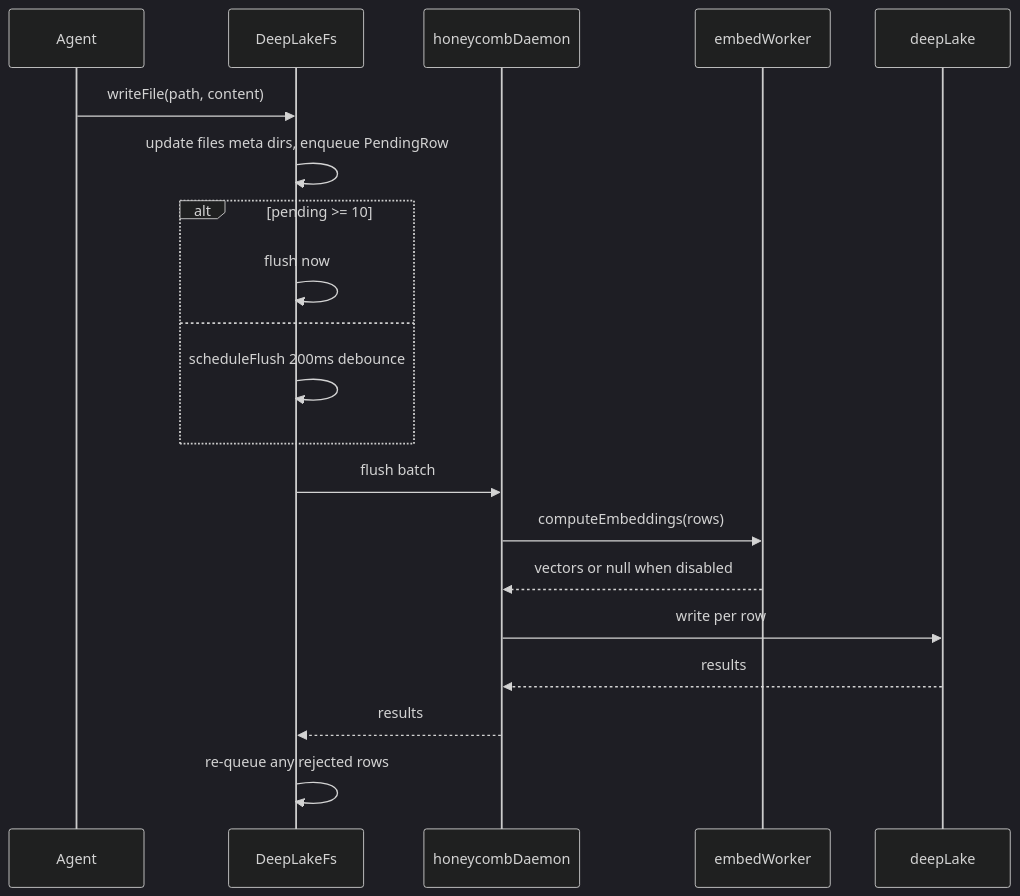
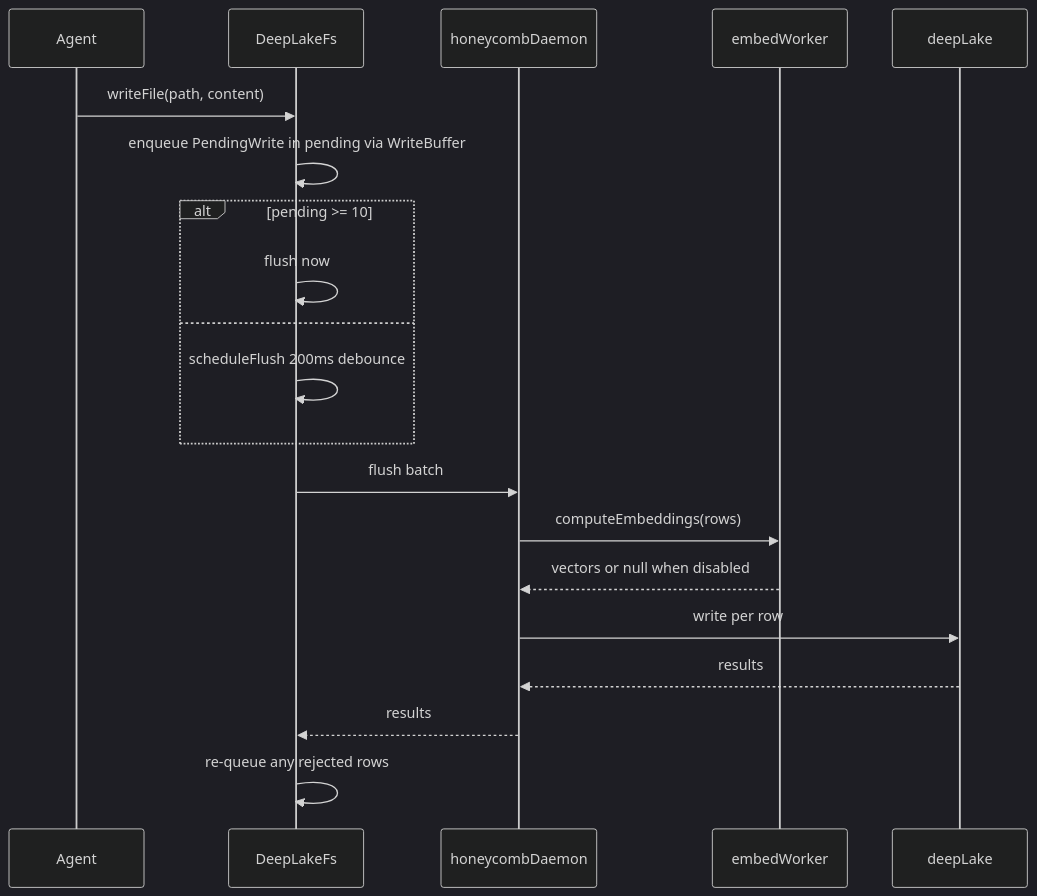
One commit to legioncodeinc/honeycomb changed the second of 3 diagrams in library/knowledge/private/data/memory-virtual-filesystem.md. Above: the diagram before and after it, drawn with Mermaid (dark theme). The commit also changed other lines of this file and 279 other files, not shown here.

````diff
--- a/library/knowledge/private/data/memory-virtual-filesystem.md
+++ b/library/knowledge/private/data/memory-virtual-filesystem.md
@@ -99,23 +84,23 @@
 ```mermaid
 sequenceDiagram
     participant Agent
     participant Fs as DeepLakeFs
     participant Daemon as honeycombDaemon
     participant Embed as embedWorker
     participant DL as deepLake
 
     Agent->>Fs: writeFile(path, content)
-    Fs->>Fs: update files meta dirs, enqueue PendingRow
+    Fs->>Fs: enqueue PendingWrite in pending via WriteBuffer
     alt pending >= 10
         Fs->>Fs: flush now
     else
         Fs->>Fs: scheduleFlush 200ms debounce
     end
     Fs->>Daemon: flush batch
     Daemon->>Embed: computeEmbeddings(rows)
     Embed-->>Daemon: vectors or null when disabled
     Daemon->>DL: write per row
     DL-->>Daemon: results
     Daemon-->>Fs: results
     Fs->>Fs: re-queue any rejected rows
 ```
````
